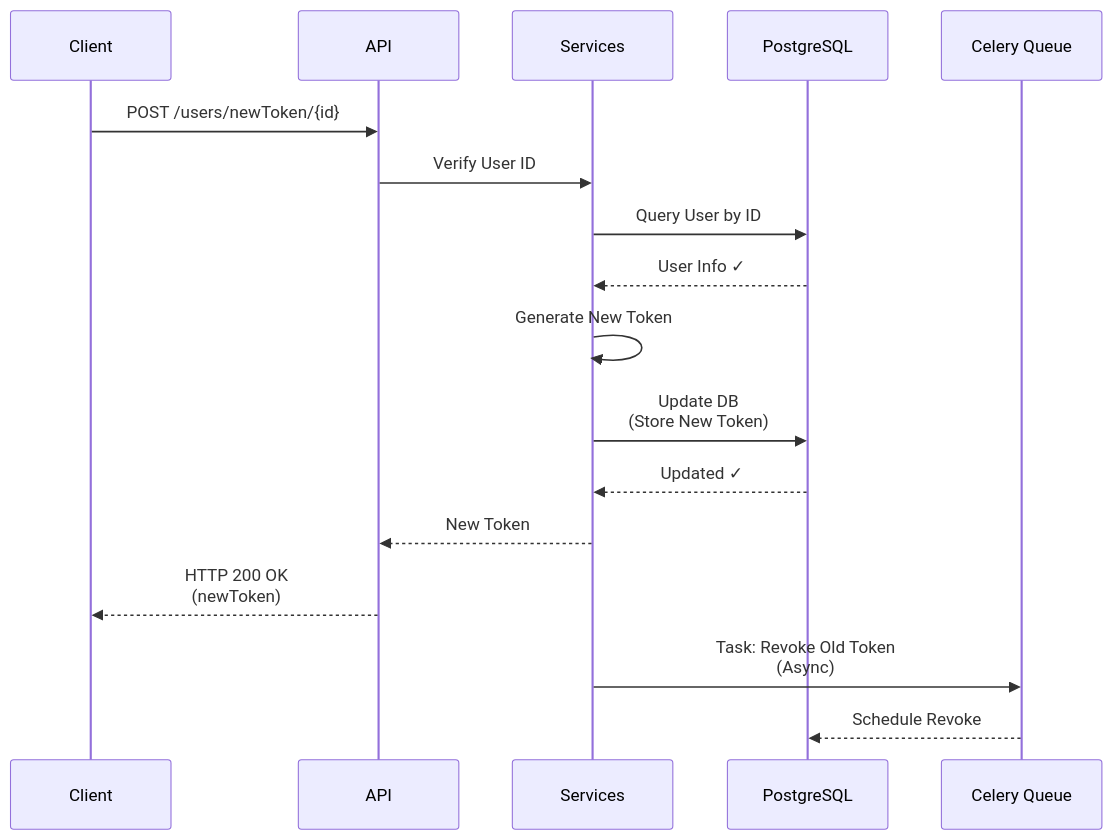
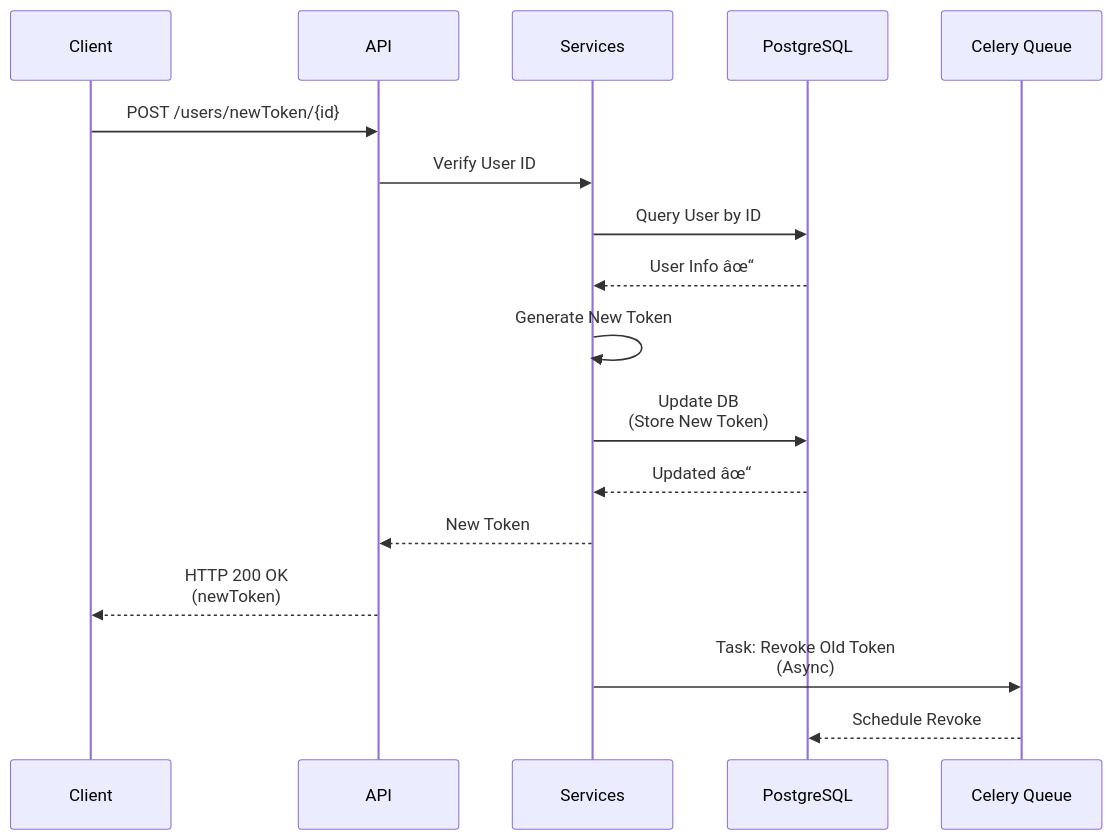
The fourth of 8 diagrams in README.md (Sumit0ubey/MailAPIX), drawn with Mermaid before and after one commit. The commit also changed other lines of this file and 1 other file, not shown here.

````diff
--- a/README.md
+++ b/README.md
@@ -250,21 +250,21 @@
 ```mermaid
 sequenceDiagram
     participant Client
     participant API
     participant Services
     participant DB as PostgreSQL
     participant Queue as Celery Queue
 
     Client->>API: POST /users/newToken/{id}
     API->>Services: Verify User ID
     Services->>DB: Query User by ID
-    DB-->>Services: User Info ✓
+    DB-->>Services: User Info âœ“
     Services->>Services: Generate New Token
     Services->>DB: Update DB<br/>(Store New Token)
-    DB-->>Services: Updated ✓
+    DB-->>Services: Updated âœ“
     Services-->>API: New Token
     API-->>Client: HTTP 200 OK<br/>(newToken)
     
     Services->>Queue: Task: Revoke Old Token<br/>(Async)
     Queue-->>DB: Schedule Revoke
 ```
````
